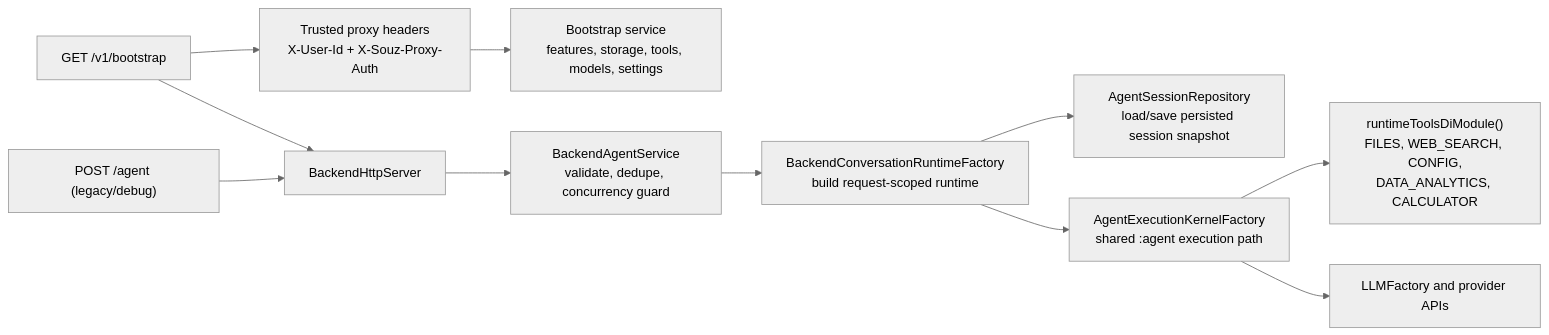
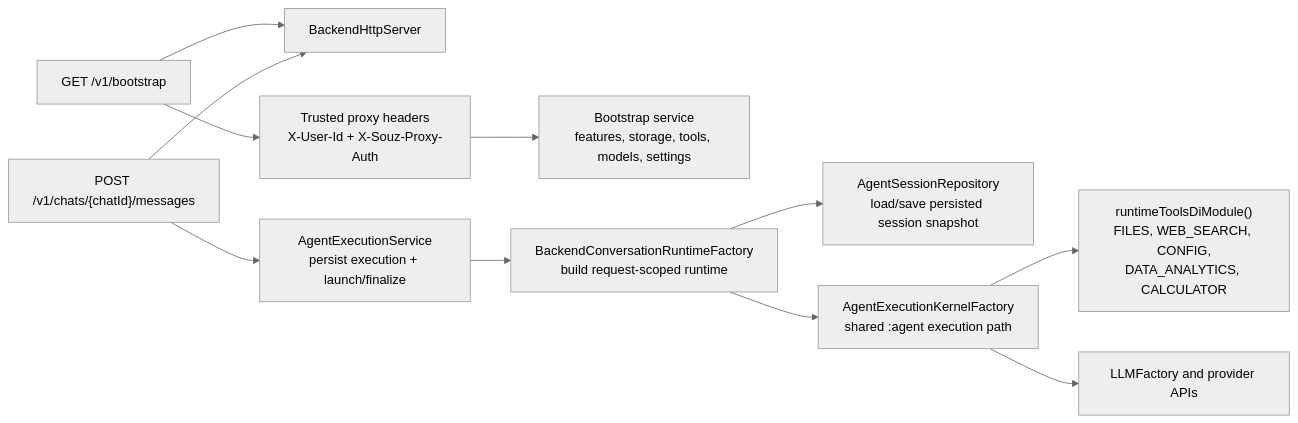
One commit to D00mch/souz changed the diagram in AGENTS.md. Above: the diagram before and after it, drawn with Mermaid (neutral theme). The commit also changed other lines of this file and 30 other files, not shown here.

````diff
--- a/AGENTS.md
+++ b/AGENTS.md
@@ -65,13 +65,13 @@
 ```mermaid
 flowchart LR
     bootstrap["GET /v1/bootstrap"] --> http["BackendHttpServer"]
+    messages["POST /v1/chats/{chatId}/messages"] --> http
     bootstrap --> security["Trusted proxy headers\nX-User-Id + X-Souz-Proxy-Auth"]
     security --> meta["Bootstrap service\nfeatures, storage, tools, models, settings"]
-    legacy["POST /agent (legacy/debug)"] --> http
-    http --> service["BackendAgentService\nvalidate, dedupe, concurrency guard"]
-    service --> runtime["BackendConversationRuntimeFactory\nbuild request-scoped runtime"]
+    messages --> execution["AgentExecutionService\npersist execution + launch/finalize"]
+    execution --> runtime["BackendConversationRuntimeFactory\nbuild request-scoped runtime"]
     runtime --> repo["AgentSessionRepository\nload/save persisted session snapshot"]
     runtime --> kernel["AgentExecutionKernelFactory\nshared :agent execution path"]
     kernel --> tools["runtimeToolsDiModule()\nFILES, WEB_SEARCH, CONFIG,\nDATA_ANALYTICS, CALCULATOR"]
     kernel --> llm["LLMFactory and provider APIs"]
 ```
````
